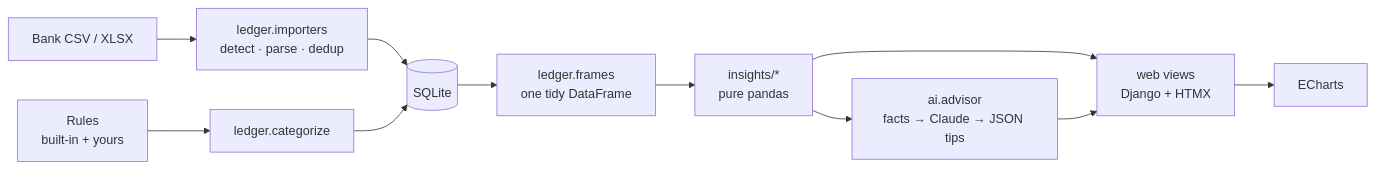
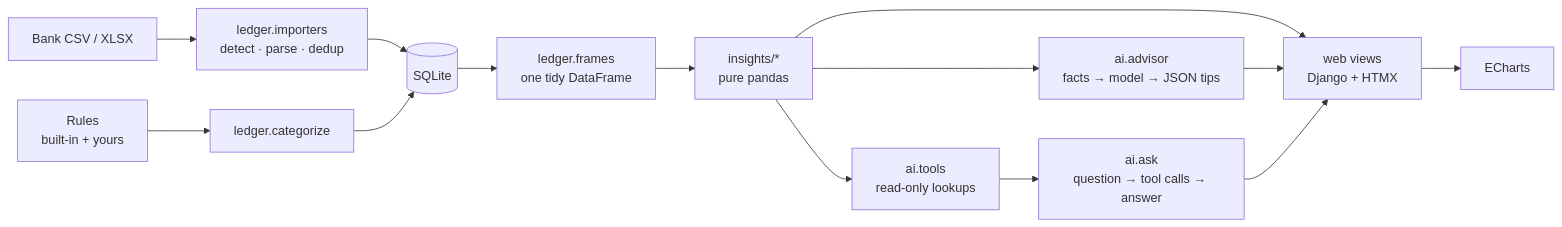
One commit to LordBalouch/aurora-finance changed the diagram in README.md. Above: the diagram before and after it, drawn with Mermaid. The commit also changed other lines of this file and 30 other files, not shown here.

````diff
--- a/README.md
+++ b/README.md
@@ -78,13 +79,16 @@
 ```mermaid
 flowchart LR
     F[Bank CSV / XLSX] --> I[ledger.importers<br/>detect · parse · dedup]
     I --> DB[(SQLite)]
     R[Rules<br/>built-in + yours] --> C[ledger.categorize]
     C --> DB
     DB --> P[ledger.frames<br/>one tidy DataFrame]
     P --> A[insights/*<br/>pure pandas]
     A --> W[web views<br/>Django + HTMX]
     W --> E[ECharts]
-    A --> AI[ai.advisor<br/>facts → Claude → JSON tips]
+    A --> AI[ai.advisor<br/>facts → model → JSON tips]
+    A --> T[ai.tools<br/>read-only lookups]
+    T --> Q[ai.ask<br/>question → tool calls → answer]
     AI --> W
+    Q --> W
 ```
````
